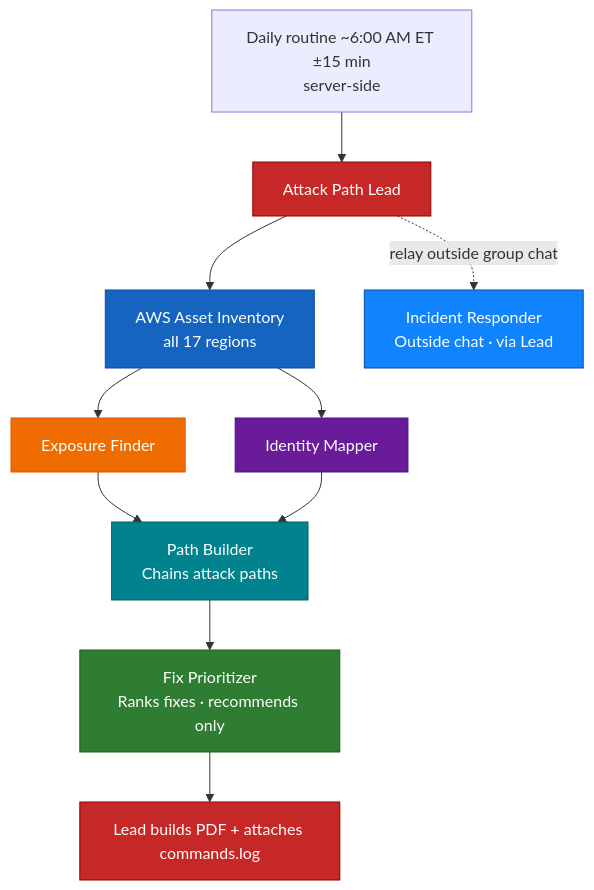
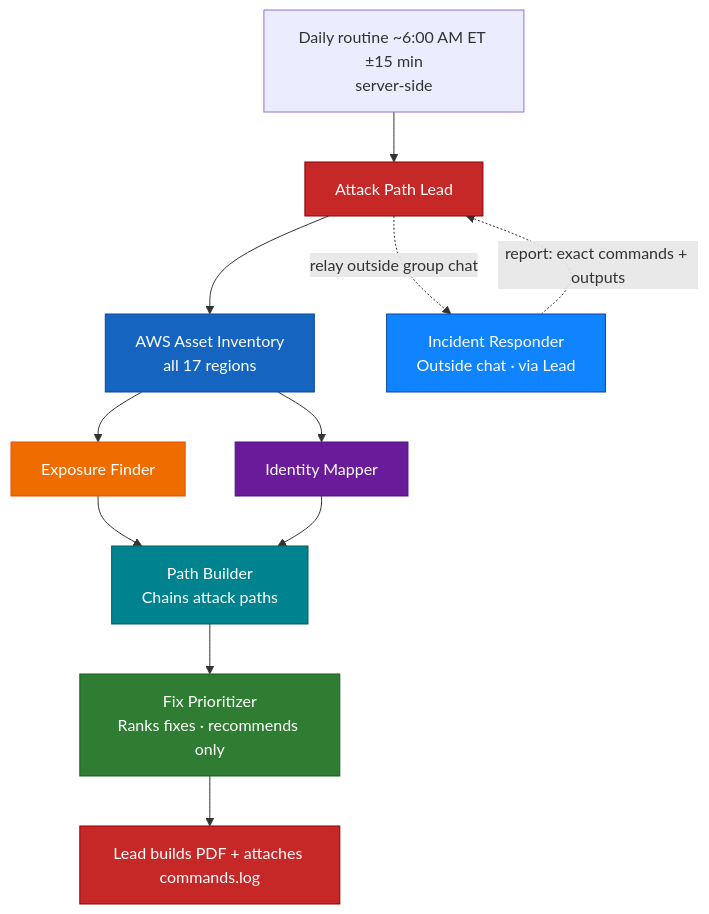
The diagram in README.md (ritvikindupuri/grok-bot-aws-attack-path-team), drawn with Mermaid before and after one commit. The commit also changed other lines of this file and 1 other file, not shown here.

````diff
--- a/README.md
+++ b/README.md
@@ -59,27 +59,28 @@
 ```mermaid
 flowchart TD
   R["Daily routine ~6:00 AM ET ±15 min<br/>server-side"] --> L["Attack Path Lead"]
   L --> I["AWS Asset Inventory<br/>all 17 regions"]
   I --> E["Exposure Finder"]
   I --> M["Identity Mapper"]
   E --> P["Path Builder<br/>Chains attack paths"]
   M --> P
   P --> F["Fix Prioritizer<br/>Ranks fixes · recommends only"]
   F --> PDF["Lead builds PDF + attaches commands.log"]
   L -.->|relay outside group chat| IR["Incident Responder<br/>Outside chat · via Lead"]
+  IR -.->|report: exact commands + outputs| L
 
   classDef lead fill:#C62828,color:#fff,stroke:#8E0000
   classDef inv fill:#1565C0,color:#fff,stroke:#0D47A1
   classDef exp fill:#EF6C00,color:#fff,stroke:#E65100
   classDef idm fill:#6A1B9A,color:#fff,stroke:#4A148C
   classDef path fill:#00838F,color:#fff,stroke:#006064
   classDef fix fill:#2E7D32,color:#fff,stroke:#1B5E20
   classDef ir fill:#1084FE,color:#fff,stroke:#0D47A1
   class L,PDF lead
   class I inv
   class E exp
   class M idm
   class P path
   class F fix
   class IR ir
 ```
````
